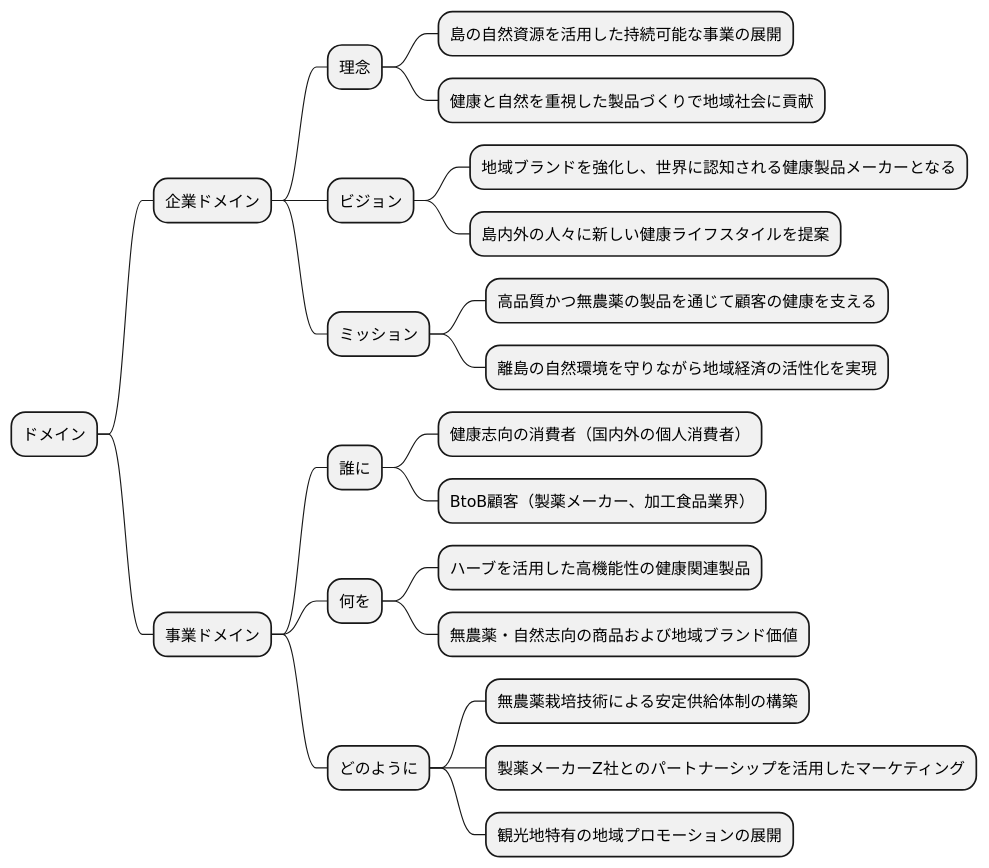
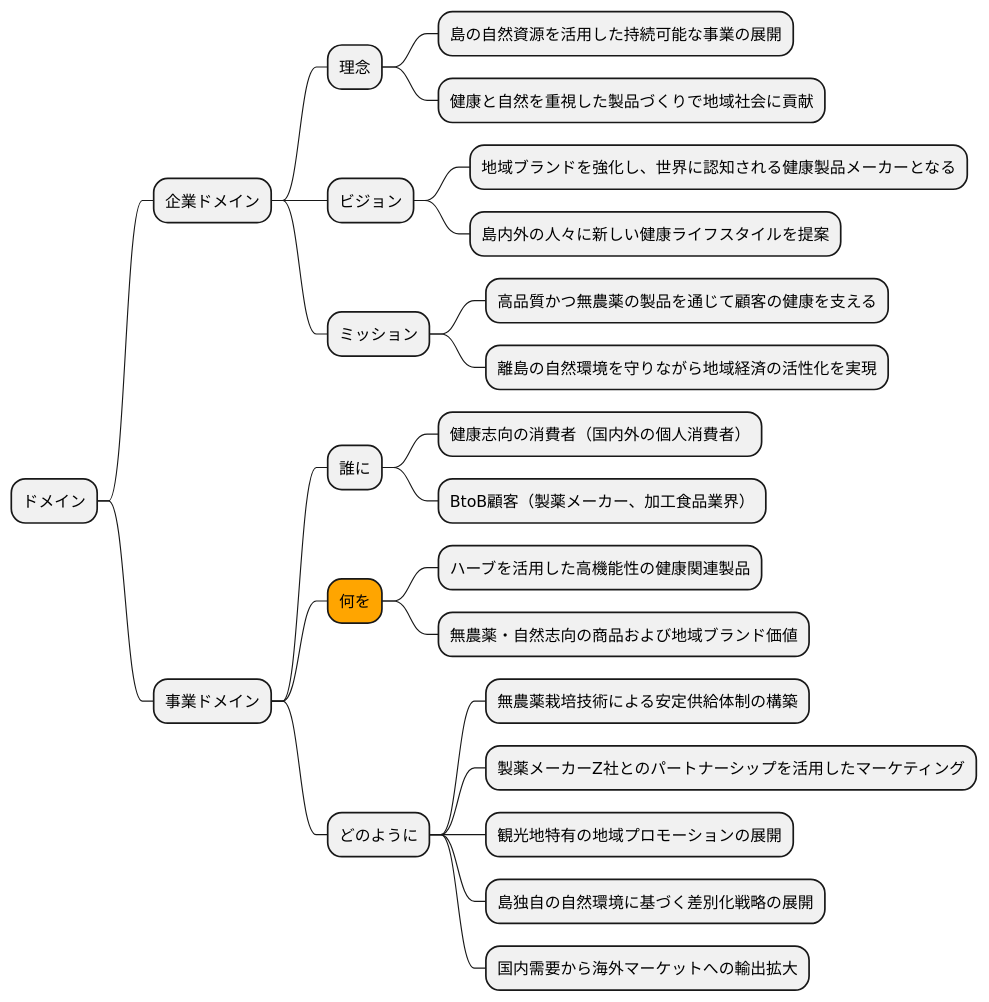
Before and after one commit to k2works/case-study-business-analysis: the fifth of 19 diagrams in docs/case/r02_case_2.adoc, drawn with PlantUML. The commit also changed other lines of this file, not shown here.

```diff
--- a/docs/case/r02_case_2.adoc
+++ b/docs/case/r02_case_2.adoc
@@ -203,29 +204,31 @@
 [plantuml]
 ----
 @startmindmap
 
 * ドメイン
 ** 企業ドメイン
 *** 理念
 **** 島の自然資源を活用した持続可能な事業の展開
 **** 健康と自然を重視した製品づくりで地域社会に貢献
 *** ビジョン
 **** 地域ブランドを強化し、世界に認知される健康製品メーカーとなる
 **** 島内外の人々に新しい健康ライフスタイルを提案
 *** ミッション
 **** 高品質かつ無農薬の製品を通じて顧客の健康を支える
 **** 離島の自然環境を守りながら地域経済の活性化を実現
 ** 事業ドメイン
 *** 誰に
 **** 健康志向の消費者（国内外の個人消費者）
 **** BtoB顧客（製薬メーカー、加工食品業界）
-*** 何を
+***[#orange] 何を
 **** ハーブを活用した高機能性の健康関連製品
 **** 無農薬・自然志向の商品および地域ブランド価値
 *** どのように
 **** 無農薬栽培技術による安定供給体制の構築
 **** 製薬メーカーZ社とのパートナーシップを活用したマーケティング
 **** 観光地特有の地域プロモーションの展開
+**** 島独自の自然環境に基づく差別化戦略の展開
+**** 国内需要から海外マーケットへの輸出拡大
 
-@endmindmapp
+@endmindmap
 ----
```
